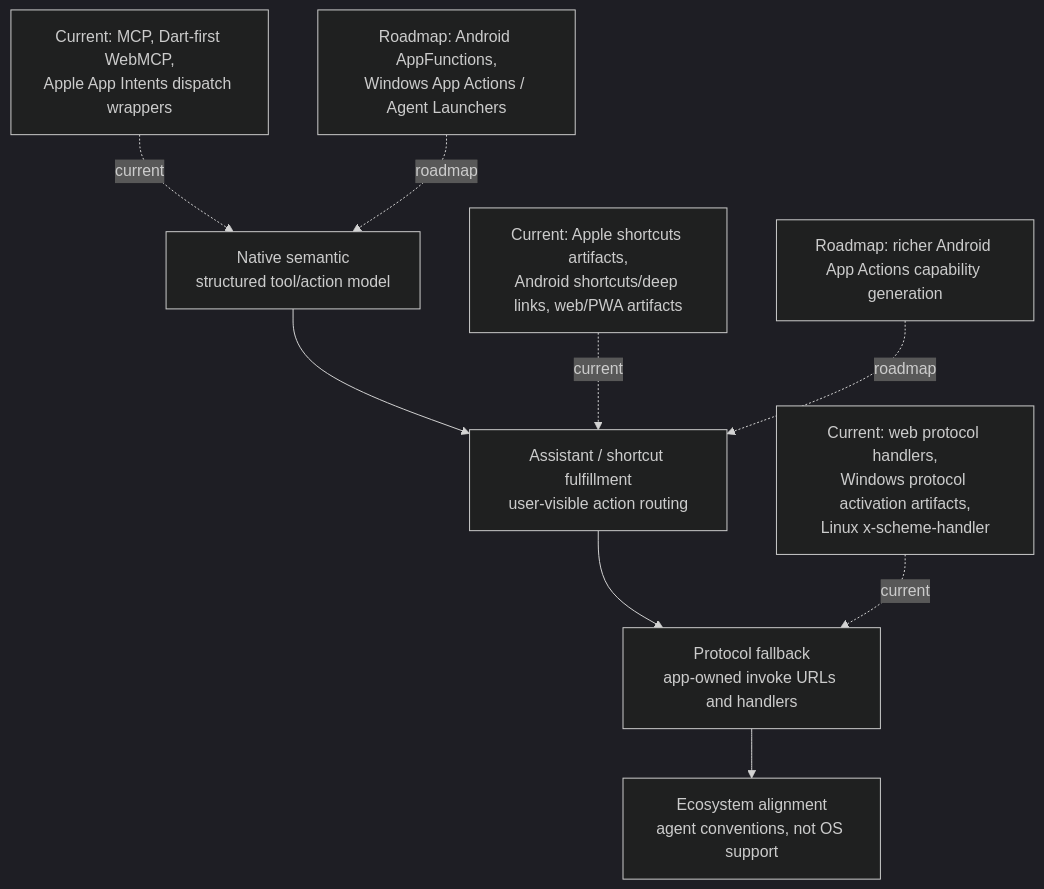
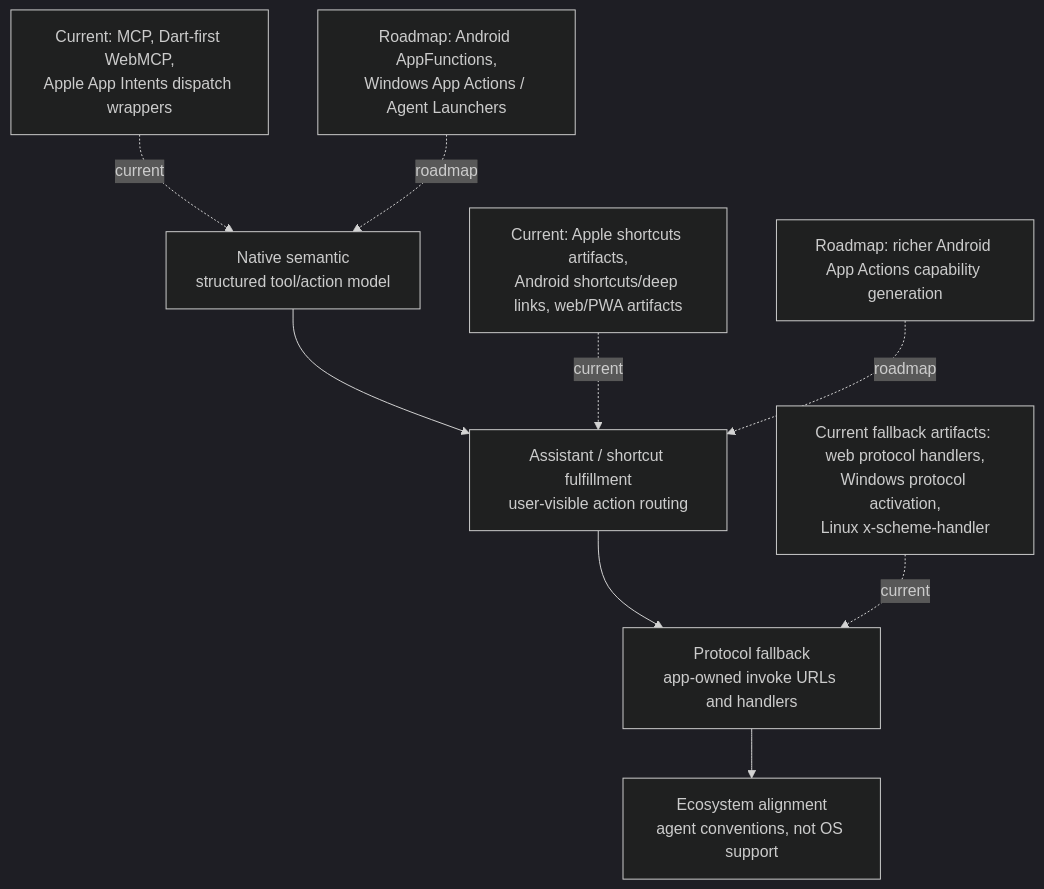
The diagram in docs/start_here/platform_support.mdx (Arenukvern/intentcall), drawn with Mermaid (dark theme) before and after one commit. The commit also changed other lines of this file and 19 other files, not shown here.

````diff
--- a/docs/start_here/platform_support.mdx
+++ b/docs/start_here/platform_support.mdx
@@ -5,12 +5,12 @@
 ```mermaid
 flowchart TB
   native["Native semantic\nstructured tool/action model"] --> assistant["Assistant / shortcut fulfillment\nuser-visible action routing"]
   assistant --> fallback["Protocol fallback\napp-owned invoke URLs and handlers"]
   fallback --> ecosystem["Ecosystem alignment\nagent conventions, not OS support"]
 
   nativeCurrent["Current: MCP, Dart-first WebMCP,\nApple App Intents dispatch wrappers"] -. current .-> native
   nativeRoadmap["Roadmap: Android AppFunctions,\nWindows App Actions / Agent Launchers"] -. roadmap .-> native
   assistantCurrent["Current: Apple shortcuts artifacts,\nAndroid shortcuts/deep links, web/PWA artifacts"] -. current .-> assistant
   assistantRoadmap["Roadmap: richer Android App Actions capability generation"] -. roadmap .-> assistant
-  fallbackCurrent["Current: web protocol handlers,\nWindows protocol activation artifacts,\nLinux x-scheme-handler"] -. current .-> fallback
+  fallbackCurrent["Current fallback artifacts: web protocol handlers,\nWindows protocol activation,\nLinux x-scheme-handler"] -. current .-> fallback
 ```
````
